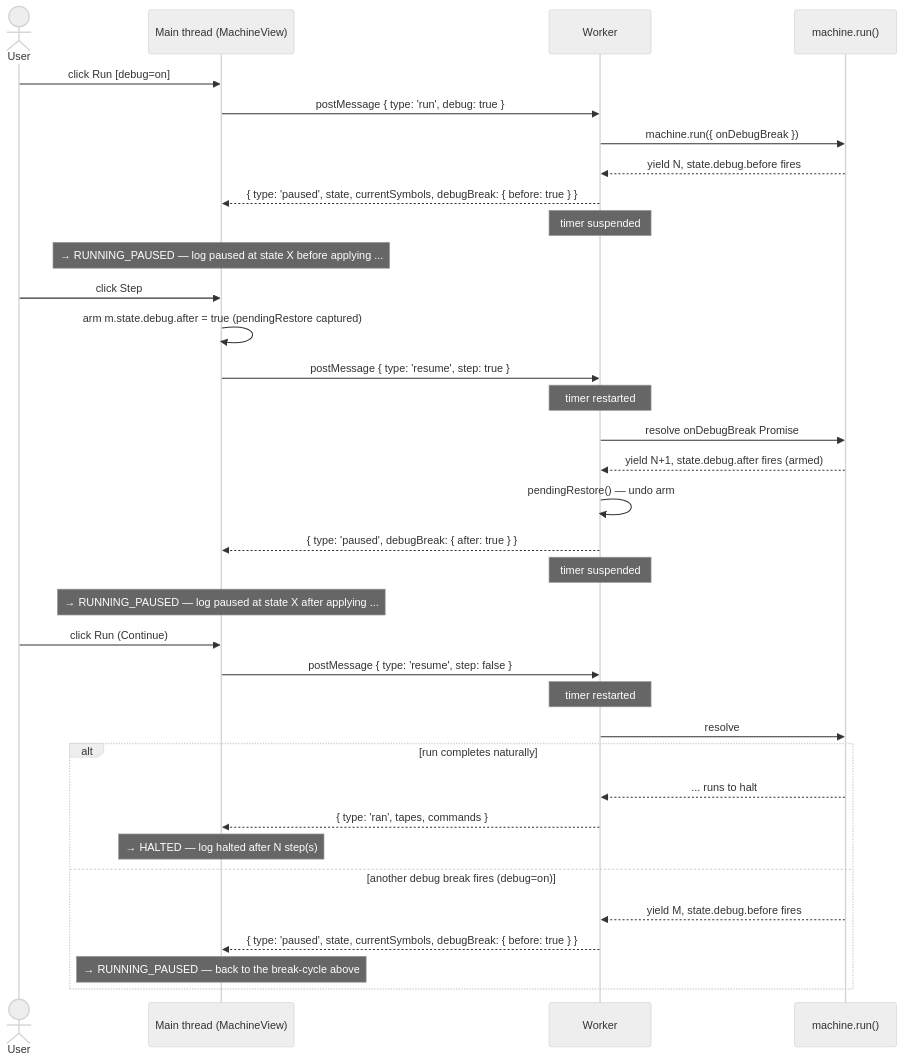
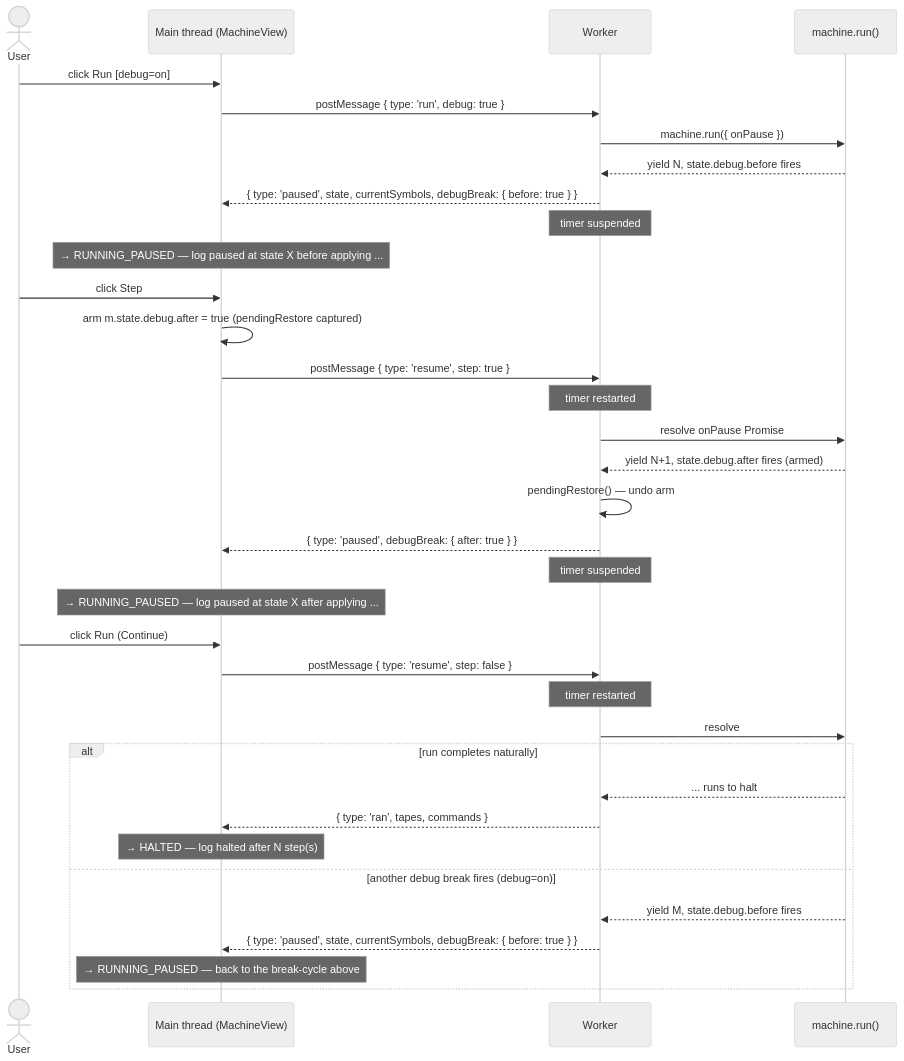
One commit to mellonis/machines-demo changed the third of 3 diagrams in docs/execution-model.md. Above: the diagram before and after it, drawn with Mermaid (neutral theme). The commit also changed other lines of this file and 3 other files, not shown here.

````diff
--- a/docs/execution-model.md
+++ b/docs/execution-model.md
@@ -281,40 +281,40 @@
 ```mermaid
 sequenceDiagram
     actor User
     participant Main as Main thread (MachineView)
     participant Worker
     participant Engine as machine.run()
 
     User->>Main: click Run [debug=on]
     Main->>Worker: postMessage { type: 'run', debug: true }
-    Worker->>Engine: machine.run({ onDebugBreak })
+    Worker->>Engine: machine.run({ onPause })
     Engine-->>Worker: yield N, state.debug.before fires
     Worker-->>Main: { type: 'paused', state, currentSymbols, debugBreak: { before: true } }
     Note over Worker: timer suspended
     Note over Main: → RUNNING_PAUSED — log paused at state X before applying ...
 
     User->>Main: click Step
     Main->>Main: arm m.state.debug.after = true (pendingRestore captured)
     Main->>Worker: postMessage { type: 'resume', step: true }
     Note over Worker: timer restarted
-    Worker->>Engine: resolve onDebugBreak Promise
+    Worker->>Engine: resolve onPause Promise
     Engine-->>Worker: yield N+1, state.debug.after fires (armed)
     Worker->>Worker: pendingRestore() — undo arm
     Worker-->>Main: { type: 'paused', debugBreak: { after: true } }
     Note over Worker: timer suspended
     Note over Main: → RUNNING_PAUSED — log paused at state X after applying ...
 
     User->>Main: click Run (Continue)
     Main->>Worker: postMessage { type: 'resume', step: false }
     Note over Worker: timer restarted
     Worker->>Engine: resolve
     alt run completes naturally
         Engine-->>Worker: ... runs to halt
         Worker-->>Main: { type: 'ran', tapes, commands }
         Note over Main: → HALTED — log halted after N step(s)
     else another debug break fires (debug=on)
         Engine-->>Worker: yield M, state.debug.before fires
         Worker-->>Main: { type: 'paused', state, currentSymbols, debugBreak: { before: true } }
         Note over Main: → RUNNING_PAUSED — back to the break-cycle above
     end
 ```
````
